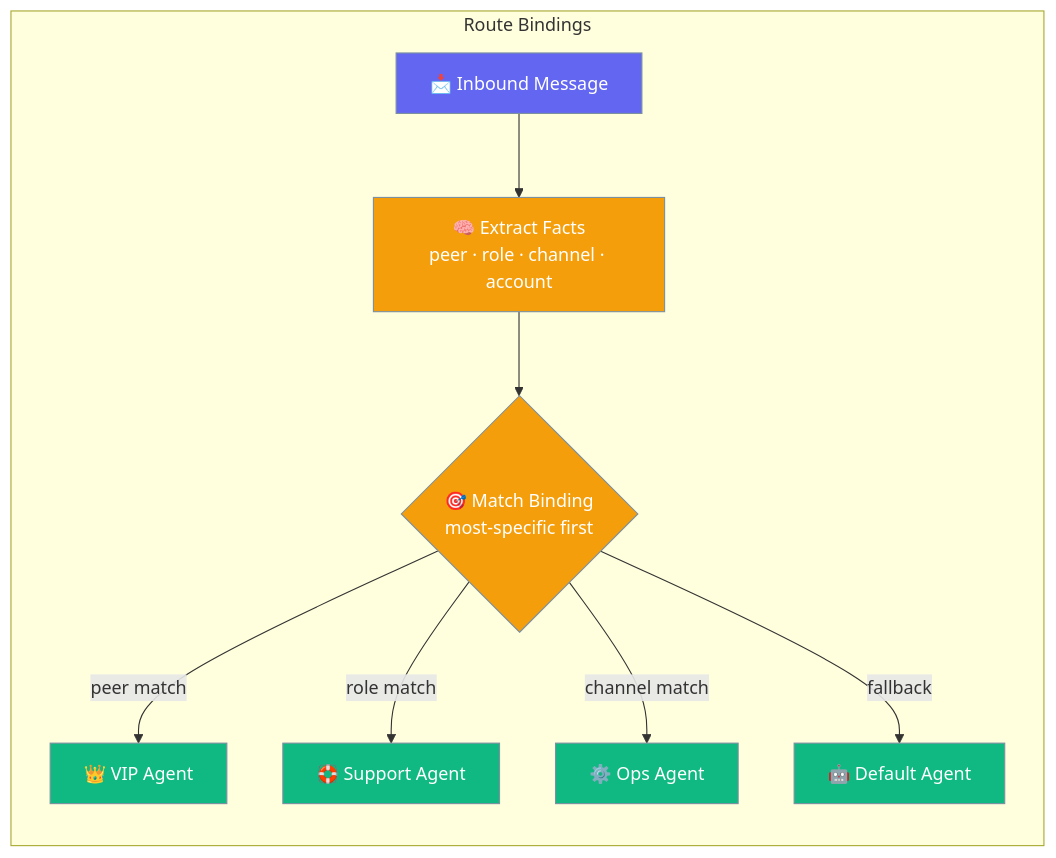
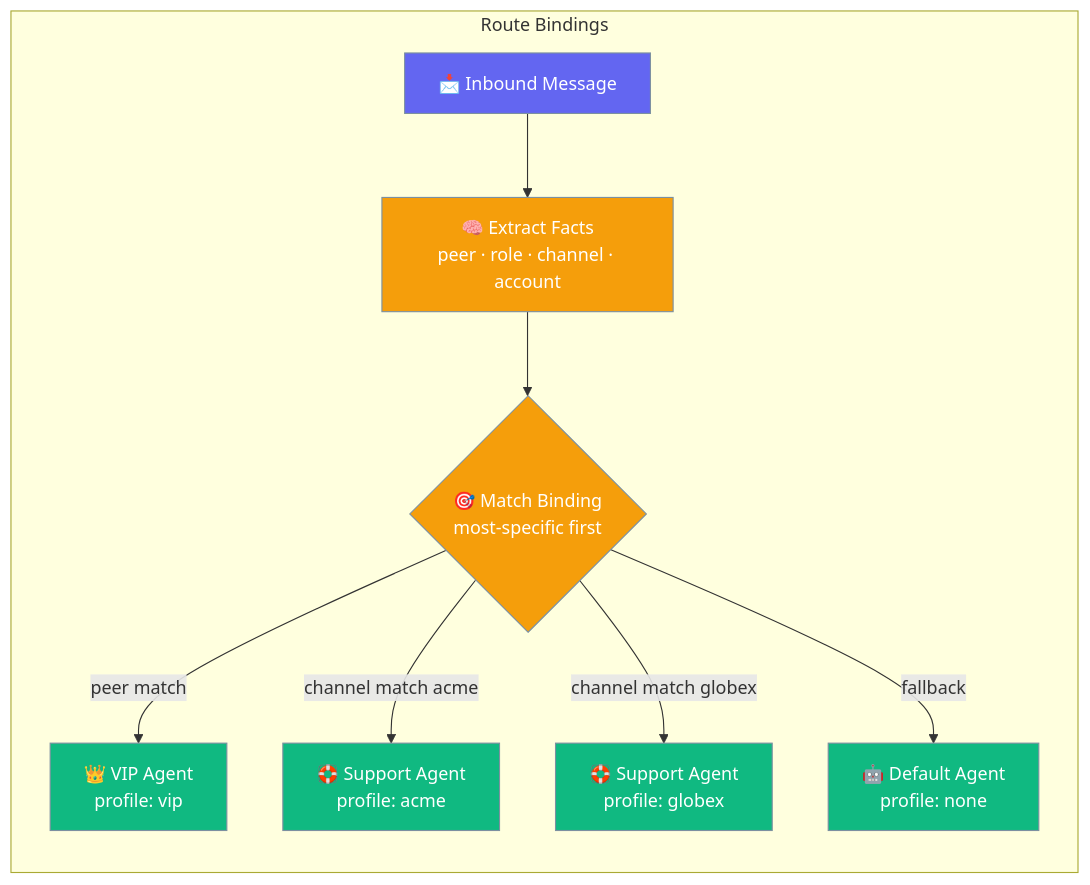
The first of 3 diagrams in docs/features/gateway-route-bindings.mdx (MervinPraison/PraisonAIDocs), drawn with Mermaid before and after one commit. The commit also changed other lines of this file, not shown here.

Commit message:
docs: document RouteBinding profile field for gateway routing (fixes #2204)

````diff
--- a/docs/features/gateway-route-bindings.mdx
+++ b/docs/features/gateway-route-bindings.mdx
@@ -25,20 +25,20 @@
 ```mermaid
 graph LR
     subgraph "Route Bindings"
         Msg[📩 Inbound Message] --> Facts[🧠 Extract Facts<br/>peer · role · channel · account]
         Facts --> Resolve{🎯 Match Binding<br/>most-specific first}
-        Resolve -->|peer match| VIP[👑 VIP Agent]
-        Resolve -->|role match| Support[🛟 Support Agent]
-        Resolve -->|channel match| Ops[⚙️ Ops Agent]
-        Resolve -->|fallback| Default[🤖 Default Agent]
+        Resolve -->|peer match| VIP[👑 VIP Agent<br/>profile: vip]
+        Resolve -->|channel match acme| Acme[🛟 Support Agent<br/>profile: acme]
+        Resolve -->|channel match globex| Globex[🛟 Support Agent<br/>profile: globex]
+        Resolve -->|fallback| Default[🤖 Default Agent<br/>profile: none]
     end
 
     classDef input fill:#6366F1,stroke:#7C90A0,color:#fff
     classDef process fill:#F59E0B,stroke:#7C90A0,color:#fff
     classDef agent fill:#10B981,stroke:#7C90A0,color:#fff
 
     class Msg input
     class Facts,Resolve process
-    class VIP,Support,Ops,Default agent
+    class VIP,Acme,Globex,Default agent
 
 ```
````
